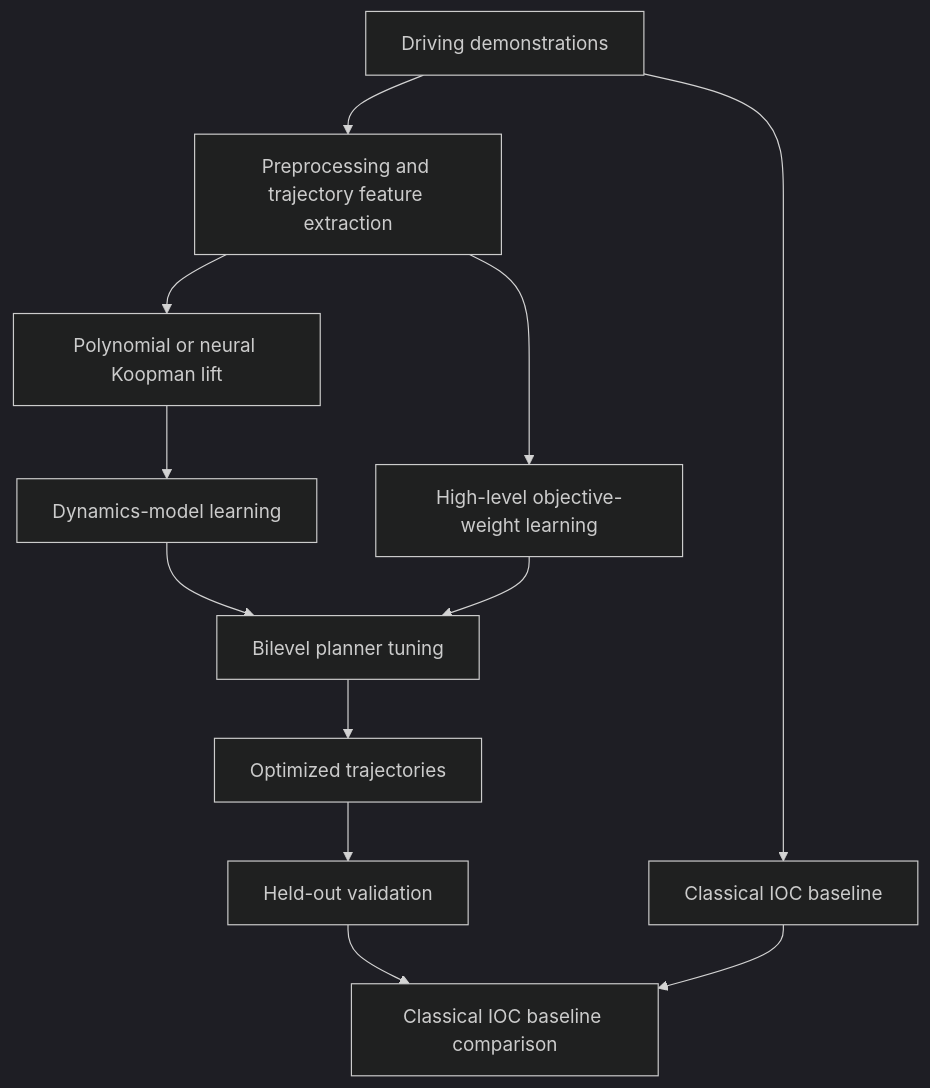
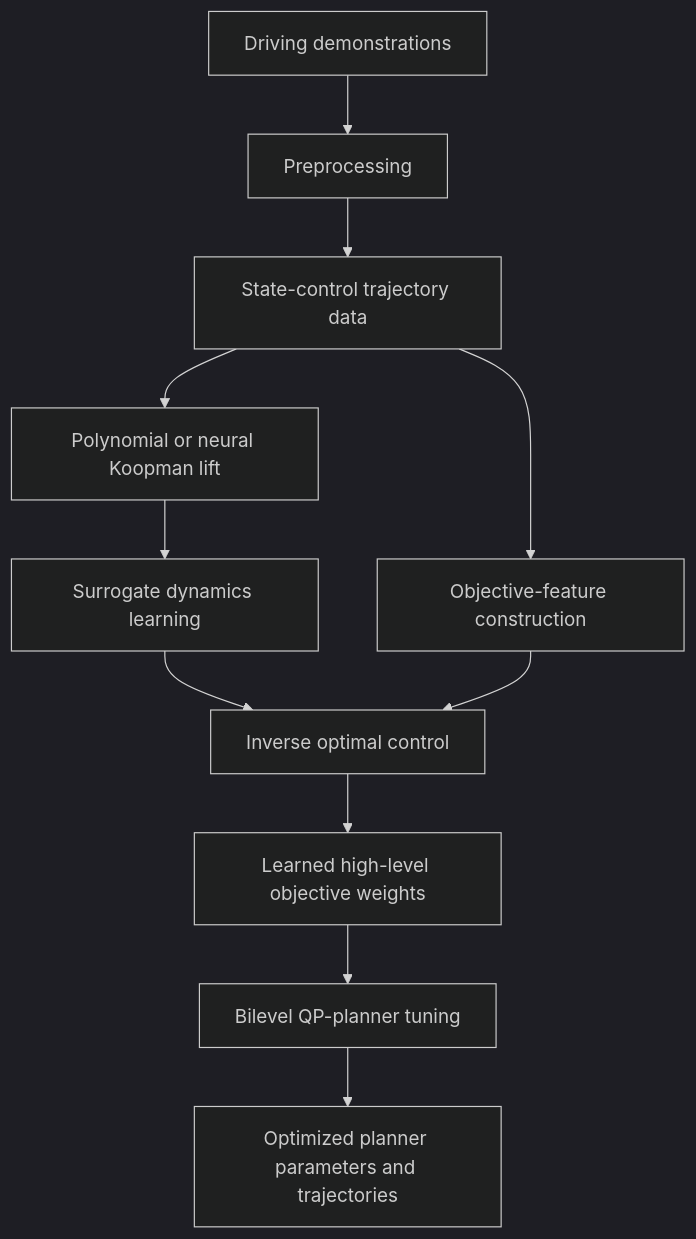
One commit to yerynkim-jazz/ddioc-trajectory-planning changed the diagram in README.md. Above: the diagram before and after it, drawn with Mermaid (dark theme).

Commit message:
Edited method architecture diagram

````diff
--- a/README.md
+++ b/README.md
@@ -29,14 +29,15 @@
 ```mermaid
 flowchart TD
-	A[Driving demonstrations] --> B[Preprocessing and trajectory feature extraction]
-	B --> C[Polynomial or neural Koopman lift]
-	C --> D["Dynamics-model learning"]
-	B --> E["High-level objective-weight learning"]
-	D --> F[Bilevel planner tuning]
-	E --> F
-	F --> G[Optimized trajectories]
-	G --> H["Held-out validation"]
-	A --> I["Classical IOC baseline"]
-	H --> J[Classical IOC baseline comparison]
-	I --> J
+    A["Driving demonstrations"] --> B["Preprocessing"]
+    B --> C["State-control trajectory data"]
+    C --> D["Polynomial or neural Koopman lift"]
+    D --> E["Surrogate dynamics learning"]
+
+    C --> F["Objective-feature construction"]
+    E --> G["Inverse optimal control"]
+    F --> G
+
+    G --> H["Learned high-level objective weights"]
+    H --> I["Bilevel QP-planner tuning"]
+    I --> J["Optimized planner parameters and trajectories"]
 ```
````
